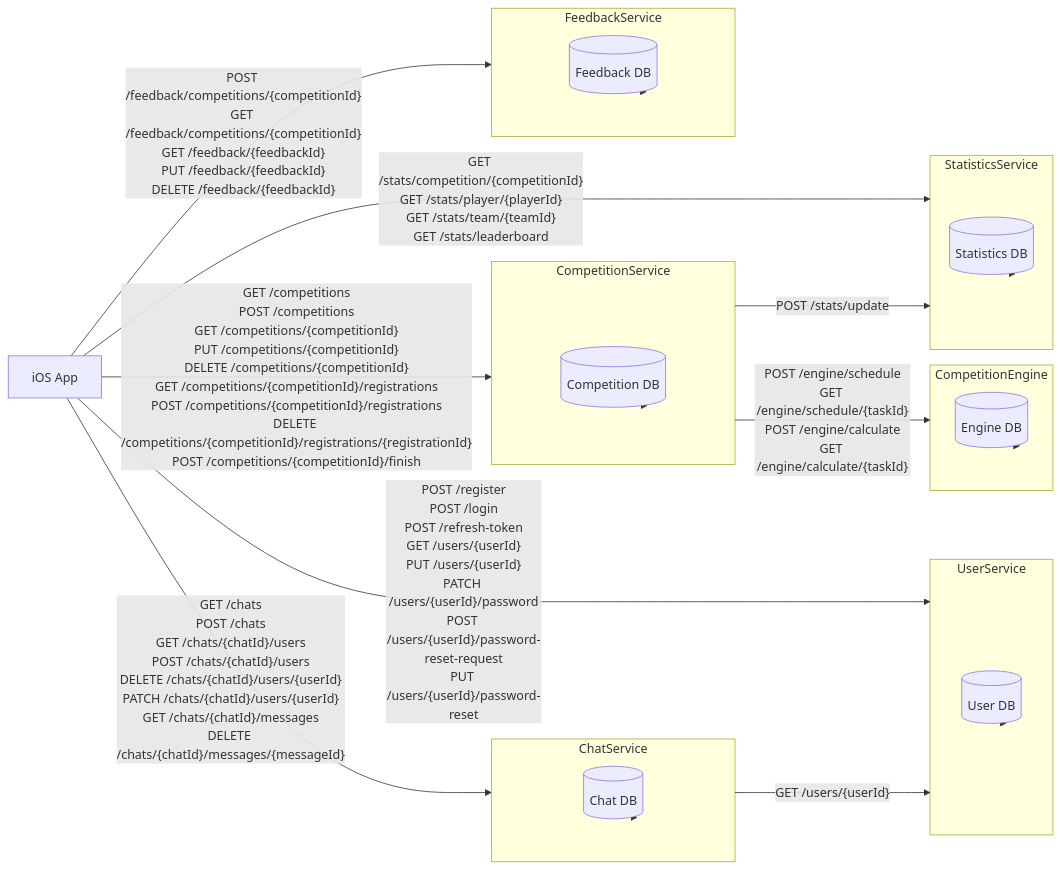
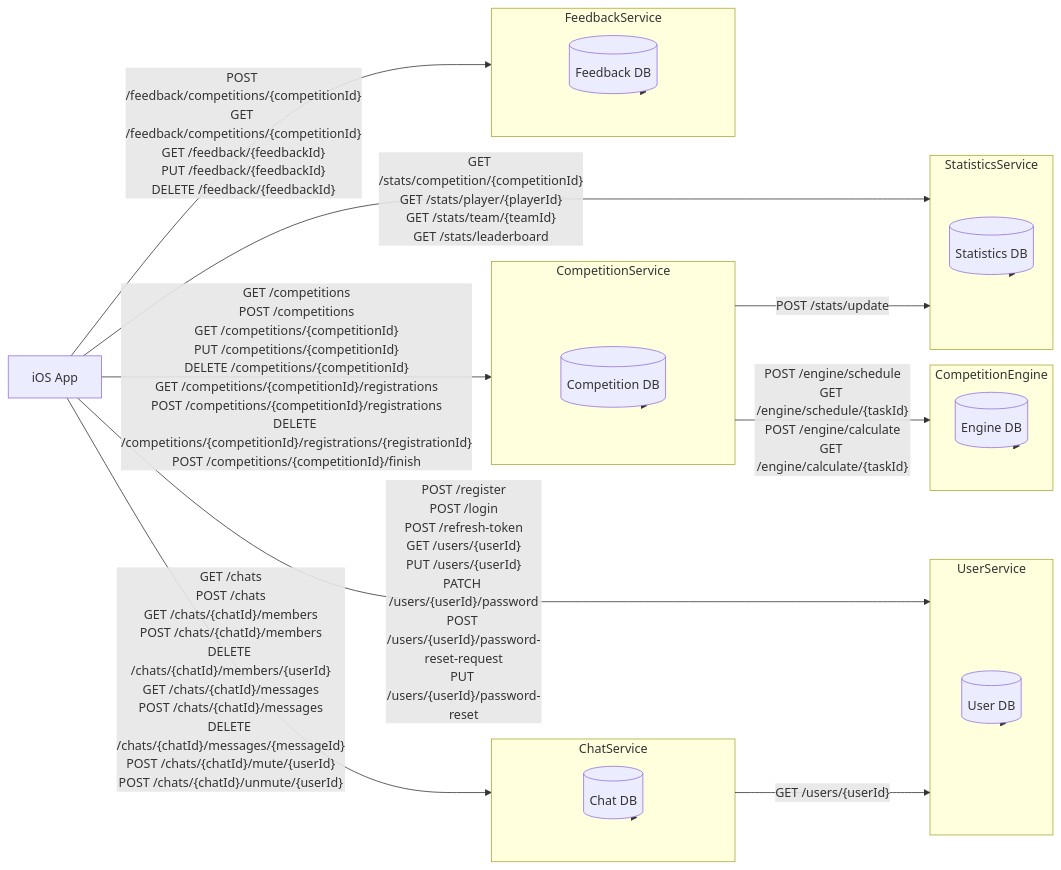
Before and after one commit to cu-drip/competition-info: the diagram in CU-DRIP-ENDPOINTS-SCHEME.mmd, drawn with Mermaid. The commit also changed other lines of this file, not shown here.

```diff
--- a/CU-DRIP-ENDPOINTS-SCHEME.mmd
+++ b/CU-DRIP-ENDPOINTS-SCHEME.mmd
@@ -1,65 +1,67 @@
 flowchart LR
  subgraph UserService["UserService"]
         UserDB[("User DB")]
   end
  subgraph ChatService["ChatService"]
         ChatDB[("Chat DB")]
   end
  subgraph CompetitionService["CompetitionService"]
         CompetitionDB[("Competition DB")]
   end
  subgraph CompetitionEngine["CompetitionEngine"]
         EngineDB[("Engine DB")]
   end
  subgraph StatisticsService["StatisticsService"]
         StatisticsDB[("Statistics DB")]
   end
  subgraph FeedbackService["FeedbackService"]
         FeedbackDB[("Feedback DB")]
   end
     IOS["iOS App"] -- "POST /register
 POST /login
 POST /refresh-token
 GET /users/{userId}
 PUT /users/{userId}
 PATCH /users/{userId}/password
 POST /users/{userId}/password-reset-request
 PUT /users/{userId}/password-reset" --> UserService
     IOS -- GET /competitions
 POST /competitions
 GET /competitions/{competitionId}
 PUT /competitions/{competitionId}
 DELETE /competitions/{competitionId}
 GET /competitions/{competitionId}/registrations
 POST /competitions/{competitionId}/registrations
 DELETE /competitions/{competitionId}/registrations/{registrationId}
 POST /competitions/{competitionId}/finish --> CompetitionService
     IOS -- GET /chats
 POST /chats
-GET /chats/{chatId}/users
-POST /chats/{chatId}/users
-DELETE /chats/{chatId}/users/{userId}
-PATCH /chats/{chatId}/users/{userId}
+GET /chats/{chatId}/members
+POST /chats/{chatId}/members
+DELETE /chats/{chatId}/members/{userId}
 GET /chats/{chatId}/messages
-DELETE /chats/{chatId}/messages/{messageId} --> ChatService
+POST /chats/{chatId}/messages
+DELETE /chats/{chatId}/messages/{messageId}
+POST /chats/{chatId}/mute/{userId}
+POST /chats/{chatId}/unmute/{userId} --> ChatService
     IOS -- GET /stats/competition/{competitionId}
 GET /stats/player/{playerId}
 GET /stats/team/{teamId}
 GET /stats/leaderboard --> StatisticsService
     IOS -- POST /feedback/competitions/{competitionId}
 GET /feedback/competitions/{competitionId}
 GET /feedback/{feedbackId}
 PUT /feedback/{feedbackId}
 DELETE /feedback/{feedbackId} --> FeedbackService
     UserService --> UserDB
     ChatService --> ChatDB
     CompetitionService --> CompetitionDB
     CompetitionEngine --> EngineDB
     StatisticsService --> StatisticsDB
     FeedbackService --> FeedbackDB
     CompetitionService -- POST /engine/schedule
 GET /engine/schedule/{taskId}
 POST /engine/calculate
 GET /engine/calculate/{taskId} --> CompetitionEngine
     CompetitionService -- POST /stats/update --> StatisticsService
     ChatService -- GET /users/{userId} --> UserService
```
